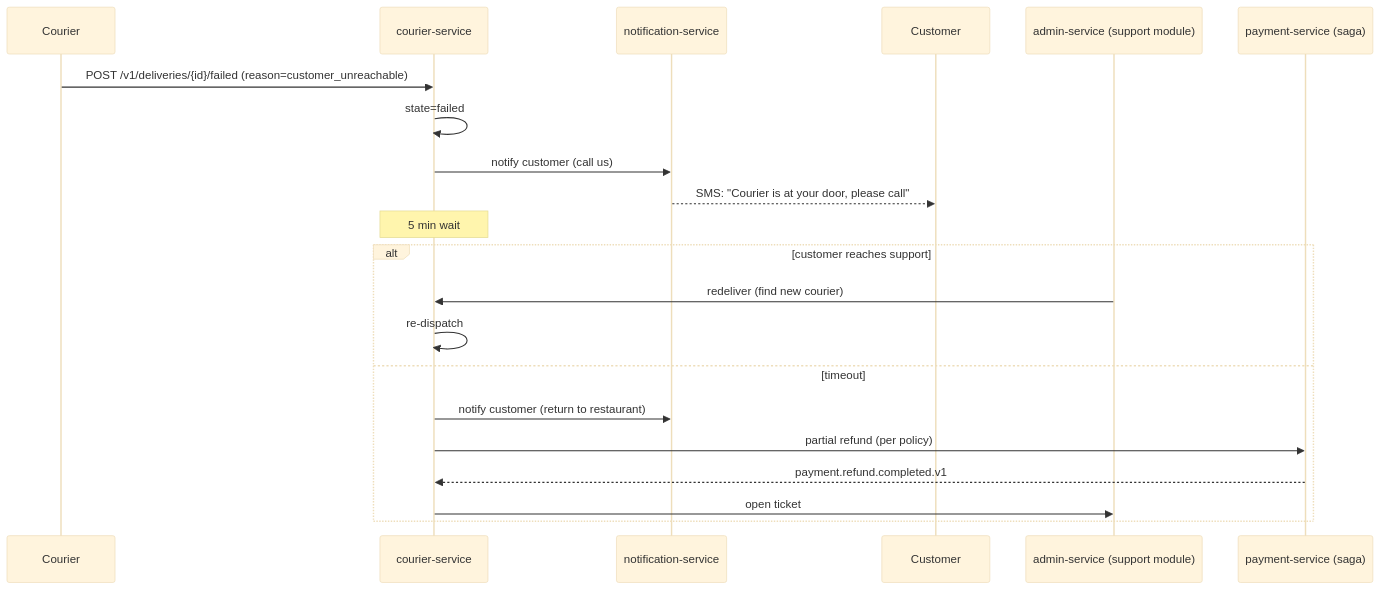
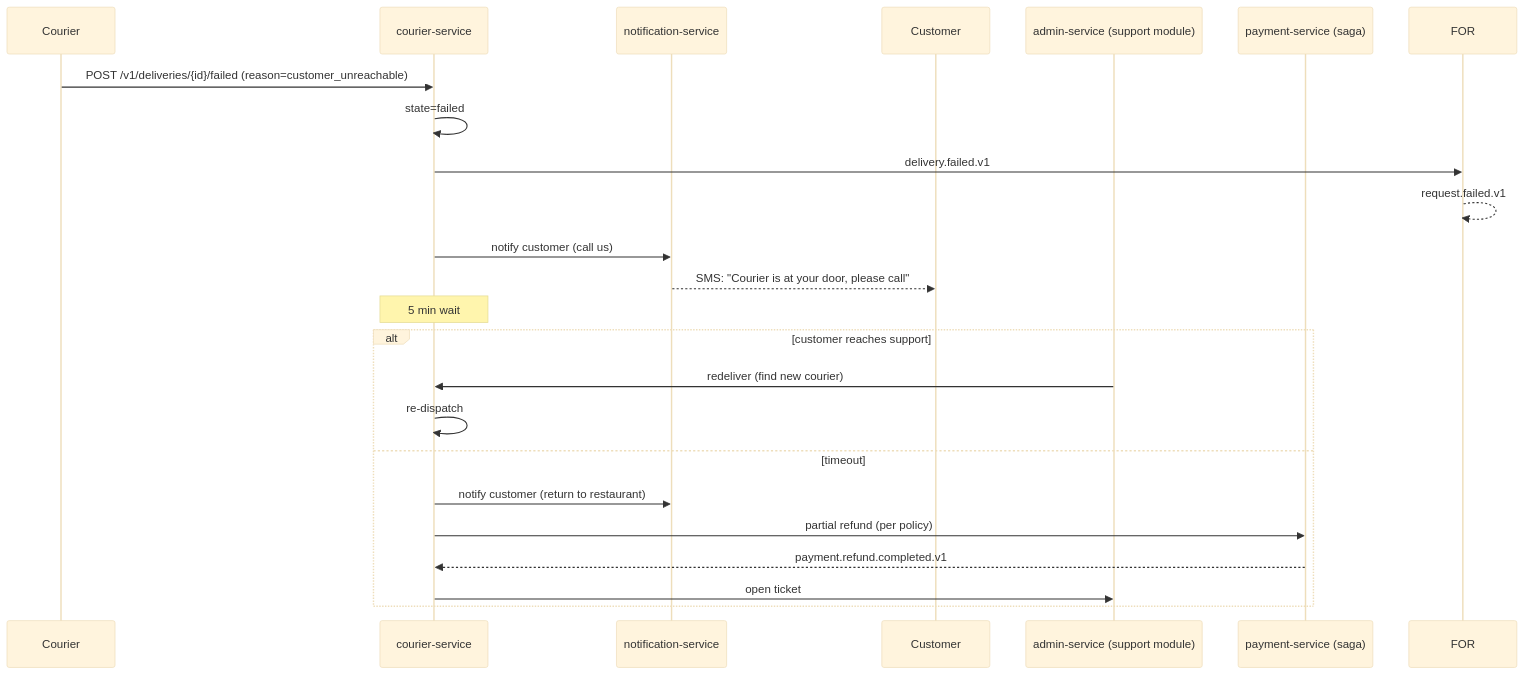
Before and after one commit to mohamedhabibwork/trips-enjoy-docs: the tenth of 13 diagrams in docs/workflows/FOOD_ORDER_WORKFLOWS.md, drawn with Mermaid (base theme). The commit also changed other lines of this file and 201 other files, not shown here.

````diff
--- a/docs/workflows/FOOD_ORDER_WORKFLOWS.md
+++ b/docs/workflows/FOOD_ORDER_WORKFLOWS.md
@@ -259,24 +295,26 @@
 ```mermaid
 sequenceDiagram
     participant CUR as Courier
     participant COS as courier-service
     participant NOT as notification-service
     participant C as Customer
     participant ADM as admin-service (support module)
     participant PAY as payment-service (saga)
 
     CUR->>COS: POST /v1/deliveries/{id}/failed (reason=customer_unreachable)
     COS->>COS: state=failed
+    COS->>FOR: delivery.failed.v1
+    FOR-->>FOR: request.failed.v1
     COS->>NOT: notify customer (call us)
     NOT-->>C: SMS: "Courier is at your door, please call"
     Note over COS: 5 min wait
     alt customer reaches support
         ADM->>COS: redeliver (find new courier)
         COS->>COS: re-dispatch
     else timeout
         COS->>NOT: notify customer (return to restaurant)
         COS->>PAY: partial refund (per policy)
         PAY-->>COS: payment.refund.completed.v1
         COS->>ADM: open ticket
     end
 ```
````
